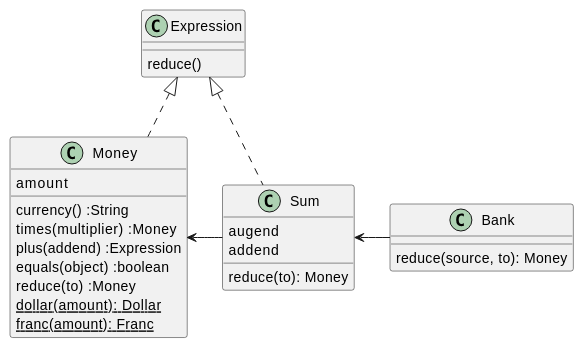
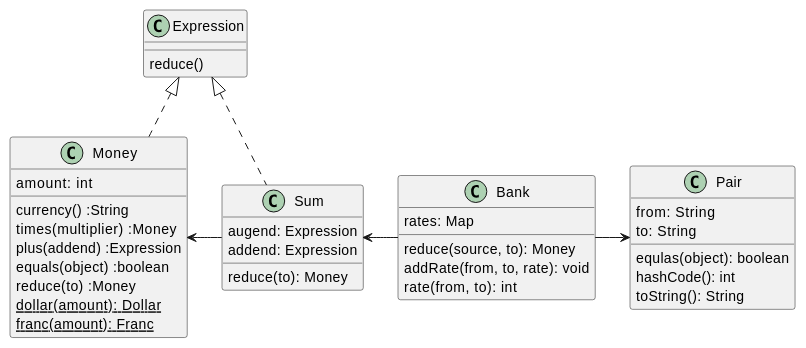
One commit to hiroshima-arc/pragmatic_programing changed the diagram in docs/src/spec/the_money_example.adoc. Above: the diagram before and after it, drawn with PlantUML. The commit also changed other lines of this file and 6 other files, not shown here.

```diff
--- a/docs/src/spec/the_money_example.adoc
+++ b/docs/src/spec/the_money_example.adoc
@@ -52,28 +52,39 @@
 [plantuml]
 ----
 class Expression {
   reduce()
 }
 class Sum {
-  augend
-  addend
+  augend: Expression
+  addend: Expression
   reduce(to): Money
 }
 class Bank {
+  rates: Map
   reduce(source, to): Money
+  addRate(from, to, rate): void
+  rate(from, to): int
+}
+class Pair {
+  from: String
+  to: String
+  equlas(object): boolean
+  hashCode(): int
+  toString(): String
 }
 class Money {
-  amount
+  amount: int
   currency() :String
   times(multiplier) :Money
   plus(addend) :Expression
   equals(object) :boolean
   reduce(to) :Money
   {static} dollar(amount): Dollar
   {static} franc(amount): Franc
 }
 Expression <|.. Money
 Expression <|.. Sum
 Money <- Sum
 Sum <- Bank
+Bank -> Pair
 ----
```
